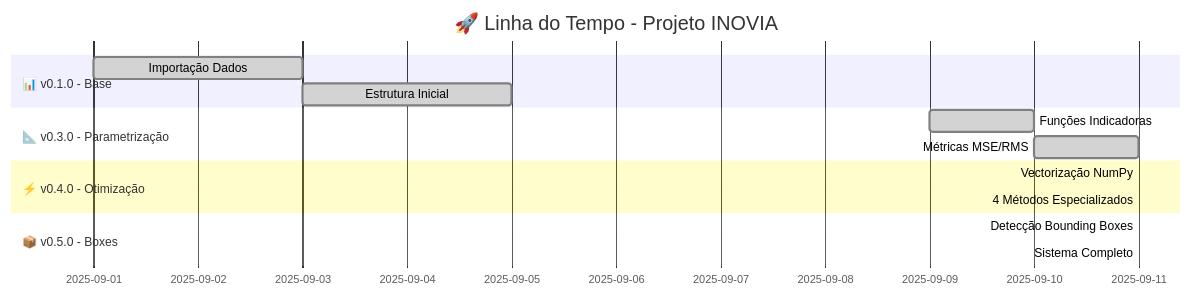
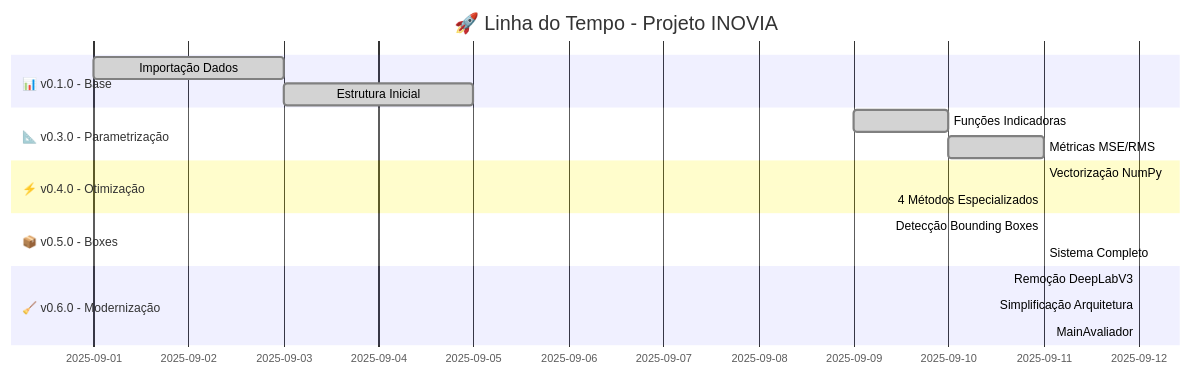
The tenth of 15 diagrams in README.md (danilorigitano/DesafioInovia-dev), drawn with Mermaid before and after one commit. The commit also changed other lines of this file and 8 other files, not shown here.

````diff
--- a/README.md
+++ b/README.md
@@ -260,21 +499,26 @@
 ```mermaid
 gantt
     title 🚀 Linha do Tempo - Projeto INOVIA
     dateFormat YYYY-MM-DD
     
     section 📊 v0.1.0 - Base
         Importação Dados : done, 2025-09-01, 2025-09-03
         Estrutura Inicial : done, 2025-09-03, 2025-09-05
         
     section 📐 v0.3.0 - Parametrização
         Funções Indicadoras : done, 2025-09-09, 2025-09-10
         Métricas MSE/RMS : done, 2025-09-10, 2025-09-11
         
     section ⚡ v0.4.0 - Otimização
         Vectorização NumPy : done, 2025-09-11, 2025-09-11
         4 Métodos Especializados : done, 2025-09-11, 2025-09-11
         
     section 📦 v0.5.0 - Boxes
         Detecção Bounding Boxes : done, 2025-09-11, 2025-09-11
         Sistema Completo : done, 2025-09-11, 2025-09-11
+        
+    section 🧹 v0.6.0 - Modernização
+        Remoção DeepLabV3 : done, 2025-09-12, 2025-09-12
+        Simplificação Arquitetura : done, 2025-09-12, 2025-09-12
+        MainAvaliador : done, 2025-09-12, 2025-09-12
 ```
````
